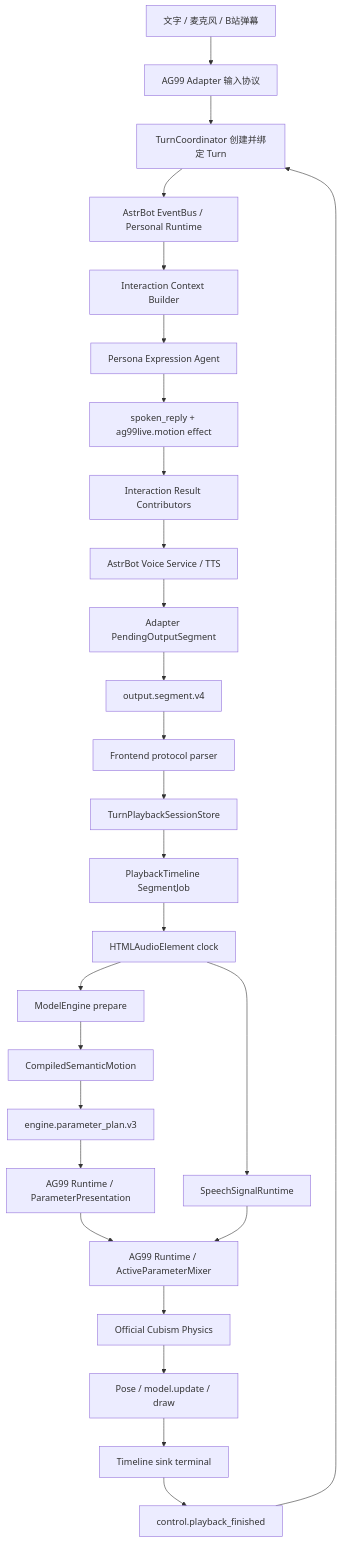
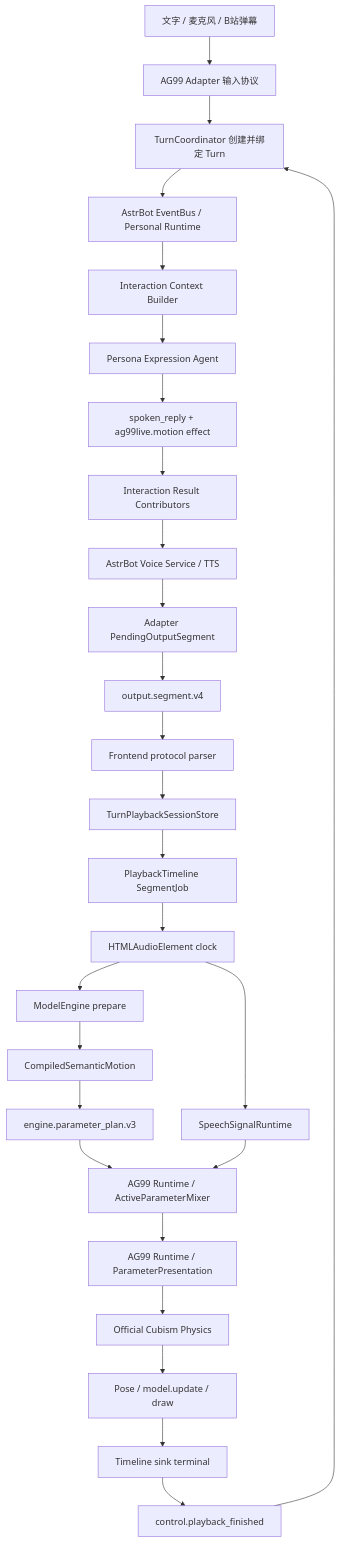
One commit to murphys7017/AG99live changed the diagram in docs/02-设计文档/19-角色表演主流程与编排职责审计.md. Above: the diagram before and after it, drawn with Mermaid. The commit also changed other lines of this file and 11 other files, not shown here.

Commit message:
docs: align parameter response architecture and flow

````diff
--- a/docs/02-设计文档/19-角色表演主流程与编排职责审计.md
+++ b/docs/02-设计文档/19-角色表演主流程与编排职责审计.md
@@ -50,29 +52,29 @@
 ```mermaid
 flowchart TD
     U[文字 / 麦克风 / B站弹幕] --> A[AG99 Adapter 输入协议]
     A --> B[TurnCoordinator 创建并绑定 Turn]
     B --> C[AstrBot EventBus / Personal Runtime]
     C --> D[Interaction Context Builder]
     D --> E[Persona Expression Agent]
     E --> F[spoken_reply + ag99live.motion effect]
     F --> G[Interaction Result Contributors]
     G --> H[AstrBot Voice Service / TTS]
     H --> I[Adapter PendingOutputSegment]
     I --> J[output.segment.v4]
     J --> K[Frontend protocol parser]
     K --> L[TurnPlaybackSessionStore]
     L --> M[PlaybackTimeline SegmentJob]
     M --> N[HTMLAudioElement clock]
     N --> O[ModelEngine prepare]
     O --> P[CompiledSemanticMotion]
     P --> Q[engine.parameter_plan.v3]
-    Q --> R[AG99 Runtime / ParameterPresentation]
+    Q --> R[AG99 Runtime / ActiveParameterMixer]
     N --> S[SpeechSignalRuntime]
-    R --> T[AG99 Runtime / ActiveParameterMixer]
-    S --> T
+    S --> R
+    R --> T[AG99 Runtime / ParameterPresentation]
     T --> V[Official Cubism Physics]
     V --> W[Pose / model.update / draw]
     W --> X[Timeline sink terminal]
     X --> Y[control.playback_finished]
     Y --> B
 ```
````
